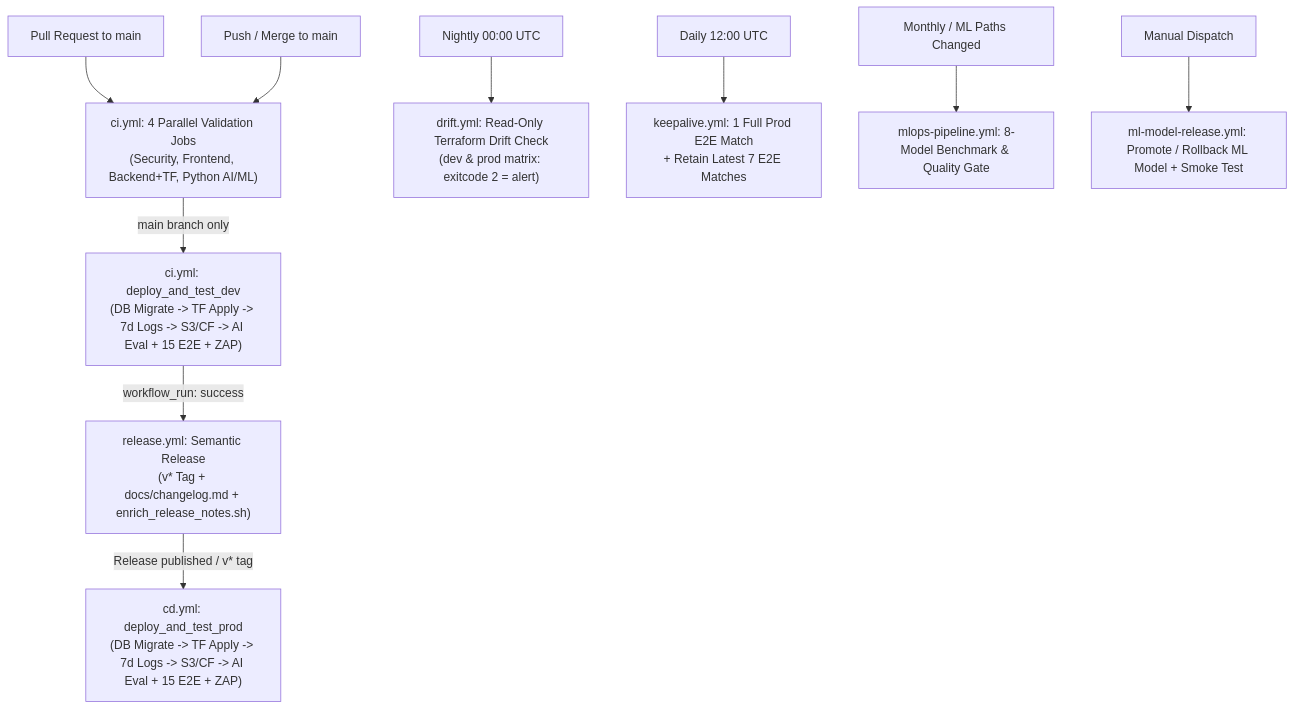
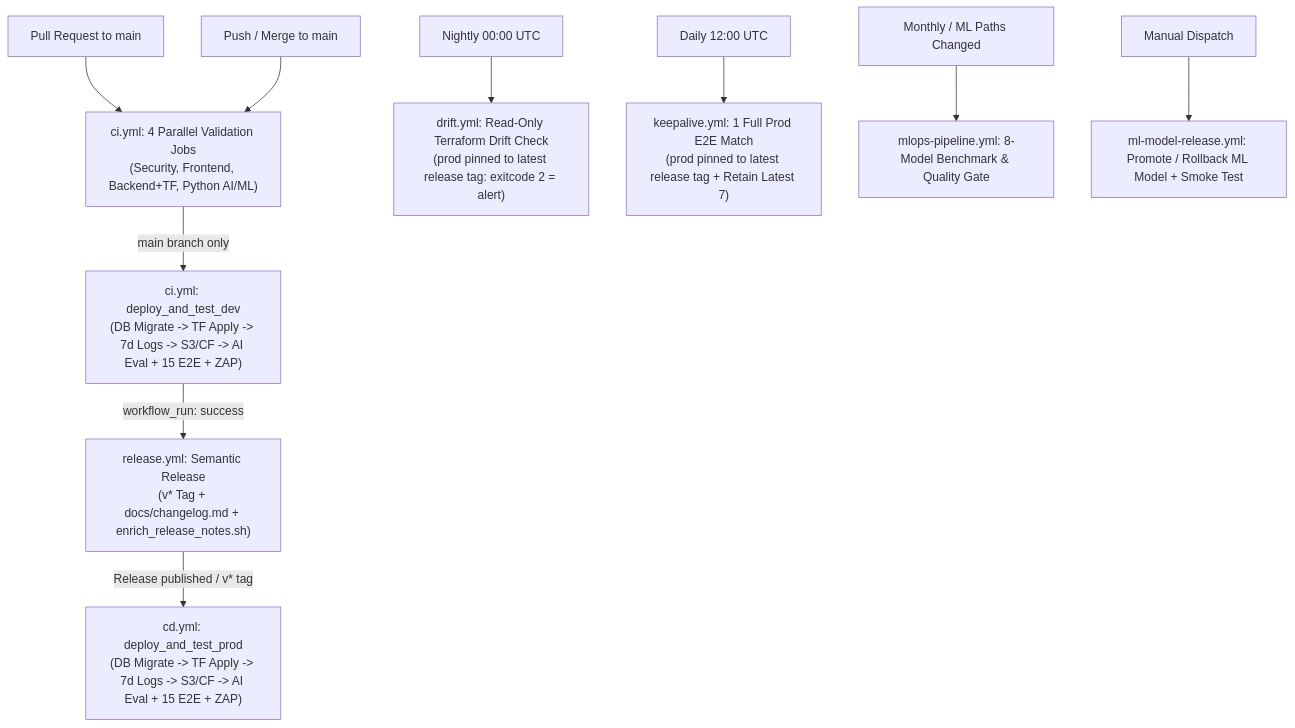
The diagram in docs/github_actions.md (venkatesh-singamsetty/cricscore), drawn with Mermaid before and after one commit. The commit also changed other lines of this file and 35 other files, not shown here.

First line of the commit message:
fix(ci): pin prod drift and keepalive to release tags & upgrade to keyless OIDC (#342)

````diff
--- a/docs/github_actions.md
+++ b/docs/github_actions.md
@@ -5,13 +5,13 @@
 ```mermaid
 flowchart TD
     PR["Pull Request to main"] --> CI_VAL["ci.yml: 4 Parallel Validation Jobs\n(Security, Frontend, Backend+TF, Python AI/ML)"]
     PUSH["Push / Merge to main"] --> CI_VAL
     CI_VAL -->|main branch only| DEV["ci.yml: deploy_and_test_dev\n(DB Migrate -> TF Apply -> 7d Logs -> S3/CF -> AI Eval + 15 E2E + ZAP)"]
     DEV -->|workflow_run: success| REL["release.yml: Semantic Release\n(v* Tag + docs/changelog.md + enrich_release_notes.sh)"]
     REL -->|Release published / v* tag| PROD["cd.yml: deploy_and_test_prod\n(DB Migrate -> TF Apply -> 7d Logs -> S3/CF -> AI Eval + 15 E2E + ZAP)"]
 
-    CRON_D["Nightly 00:00 UTC"] --> DRIFT["drift.yml: Read-Only Terraform Drift Check\n(dev & prod matrix: exitcode 2 = alert)"]
-    CRON_K["Daily 12:00 UTC"] --> KEEP["keepalive.yml: 1 Full Prod E2E Match\n+ Retain Latest 7 E2E Matches"]
+    CRON_D["Nightly 00:00 UTC"] --> DRIFT["drift.yml: Read-Only Terraform Drift Check\n(prod pinned to latest release tag: exitcode 2 = alert)"]
+    CRON_K["Daily 12:00 UTC"] --> KEEP["keepalive.yml: 1 Full Prod E2E Match\n(prod pinned to latest release tag + Retain Latest 7)"]
     CRON_M["Monthly / ML Paths Changed"] --> MLOPS["mlops-pipeline.yml: 8-Model Benchmark & Quality Gate"]
     DISPATCH_M["Manual Dispatch"] --> MLREL["ml-model-release.yml: Promote / Rollback ML Model + Smoke Test"]
 ```
````
